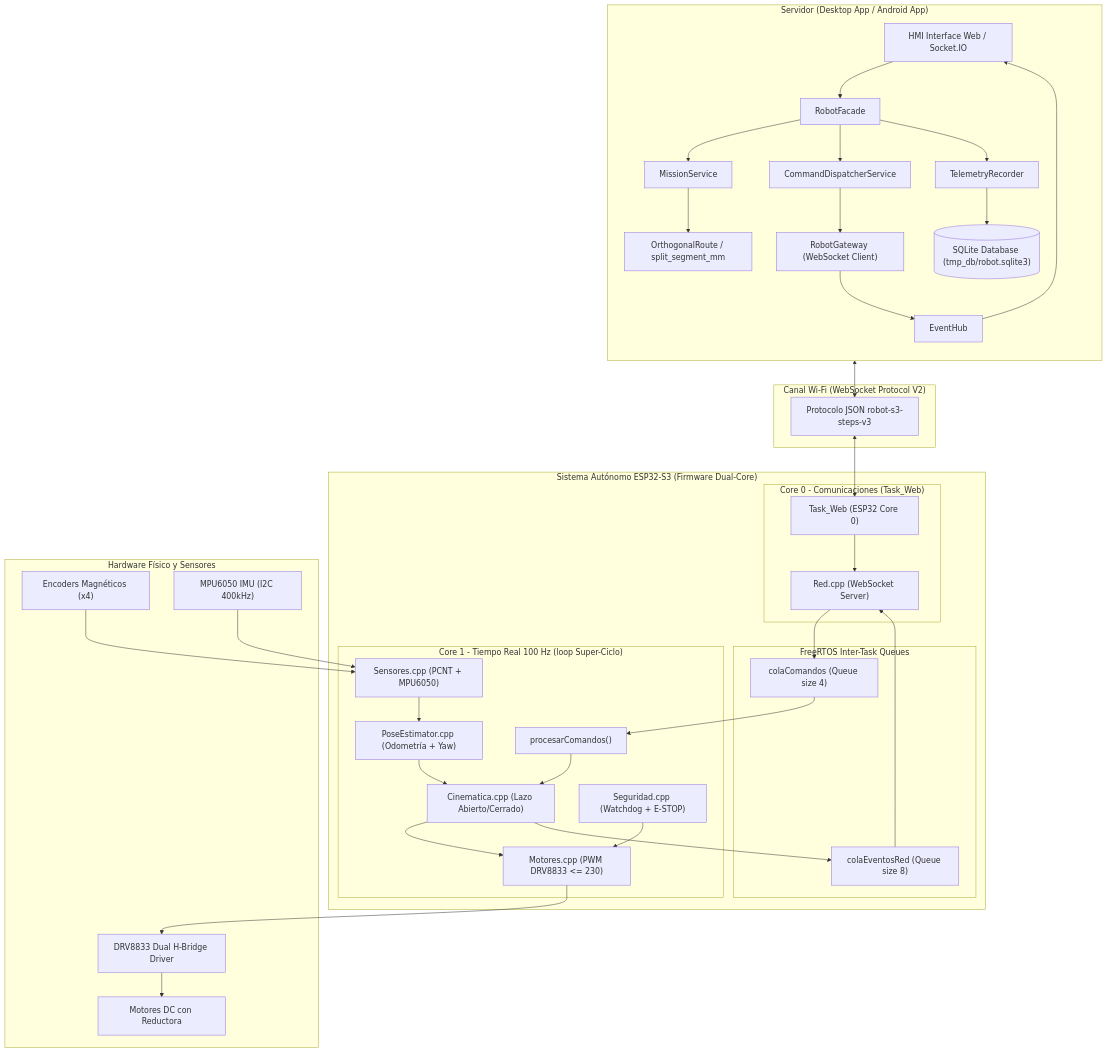
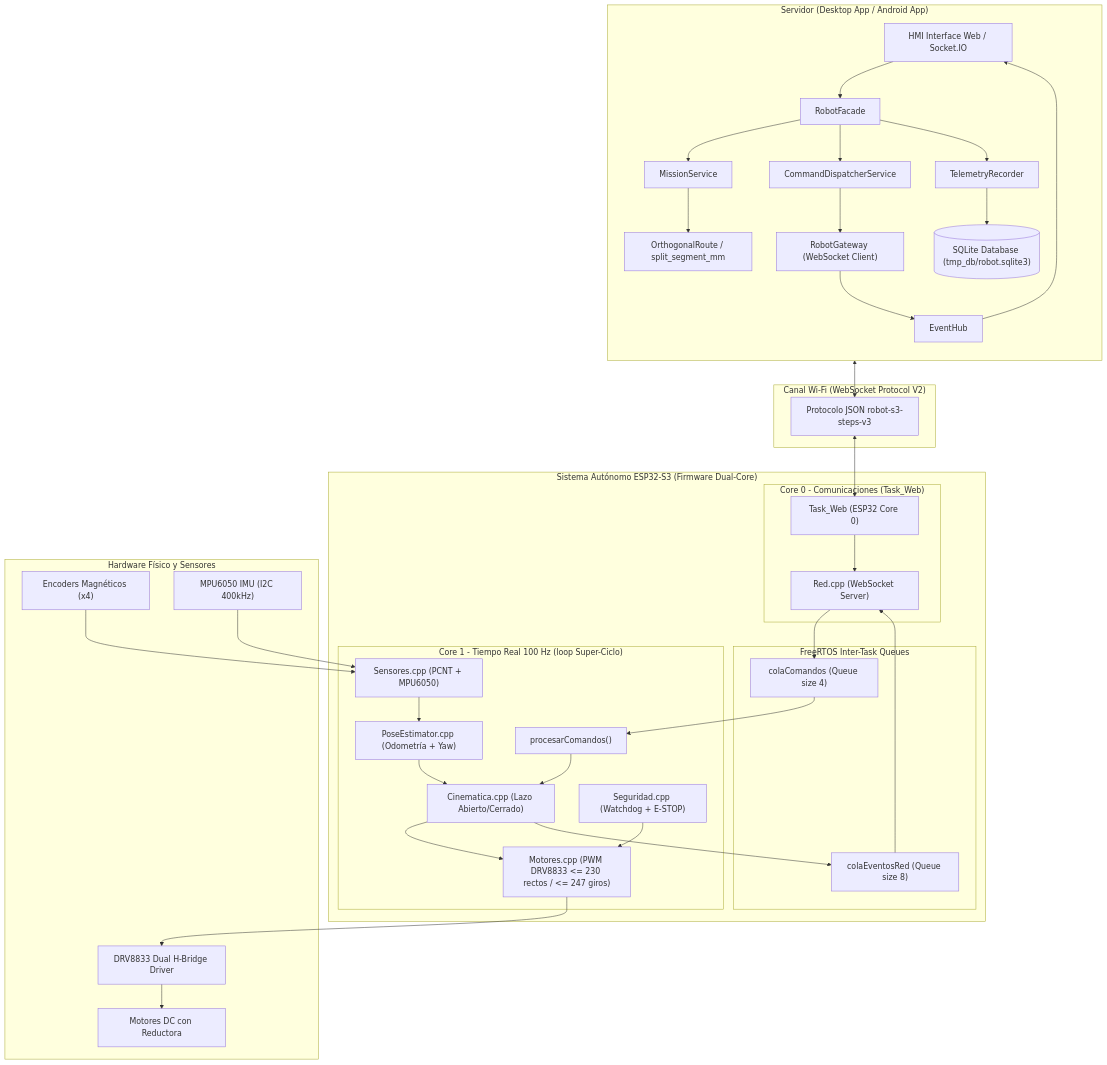
The first of 4 diagrams in DIAGRAMA_SISTEMA_GENERAL.md (RubenAndresGome/carroTest3-For-Esp32-s3-wroom), drawn with Mermaid before and after one commit. The commit also changed 4 other files, not shown here.

````diff
--- a/DIAGRAMA_SISTEMA_GENERAL.md
+++ b/DIAGRAMA_SISTEMA_GENERAL.md
@@ -14,77 +14,77 @@
 ```mermaid
 flowchart TB
     subgraph S_SERVER["Servidor (Desktop App / Android App)"]
         direction TB
         UI["HMI Interface Web / Socket.IO"]
         Facade["RobotFacade"]
         Dispatcher["CommandDispatcherService"]
         Mission["MissionService"]
         Route["OrthogonalRoute / split_segment_mm"]
         Gateway["RobotGateway (WebSocket Client)"]
         Recorder["TelemetryRecorder"]
         DB[("SQLite Database (tmp_db/robot.sqlite3)")]
         Hub["EventHub"]
 
         UI --> Facade
         Facade --> Dispatcher
         Facade --> Mission
         Facade --> Recorder
         Mission --> Route
         Dispatcher --> Gateway
         Recorder --> DB
         Gateway --> Hub
         Hub --> UI
     end
 
     subgraph S_WIFI["Canal Wi-Fi (WebSocket Protocol V2)"]
         Protocol["Protocolo JSON robot-s3-steps-v3"]
     end
 
     subgraph S_ESP32["Sistema Autónomo ESP32-S3 (Firmware Dual-Core)"]
         subgraph CORE0["Core 0 - Comunicaciones (Task_Web)"]
             TaskWeb["Task_Web (ESP32 Core 0)"]
             RedServer["Red.cpp (WebSocket Server)"]
             TaskWeb --> RedServer
         end
 
         subgraph QUEUES["FreeRTOS Inter-Task Queues"]
             CmdQueue["colaComandos (Queue size 4)"]
             EvtQueue["colaEventosRed (Queue size 8)"]
         end
 
         subgraph CORE1["Core 1 - Tiempo Real 100 Hz (loop Super-Ciclo)"]
             CmdProc["procesarComandos()"]
             Cine["Cinematica.cpp (Lazo Abierto/Cerrado)"]
             Sens["Sensores.cpp (PCNT + MPU6050)"]
             Pose["PoseEstimator.cpp (Odometría + Yaw)"]
-            Motores["Motores.cpp (PWM DRV8833 <= 230)"]
+            Motores["Motores.cpp (PWM DRV8833 <= 230 rectos / <= 247 giros)"]
             Seguridad["Seguridad.cpp (Watchdog + E-STOP)"]
 
             CmdQueue --> CmdProc
             CmdProc --> Cine
             Sens --> Pose
             Pose --> Cine
             Cine --> Motores
             Seguridad --> Motores
             Cine --> EvtQueue
         end
 
         RedServer --> CmdQueue
         EvtQueue --> RedServer
     end
 
     subgraph S_HARDWARE["Hardware Físico y Sensores"]
         DRV["DRV8833 Dual H-Bridge Driver"]
         DC["Motores DC con Reductora"]
         Encoders["Encoders Magnéticos (x4)"]
         MPU["MPU6050 IMU (I2C 400kHz)"]
 
         Motores --> DRV
         DRV --> DC
         Encoders --> Sens
         MPU --> Sens
     end
 
     Gateway <--> Protocol
     Protocol <--> TaskWeb
 ```
````
